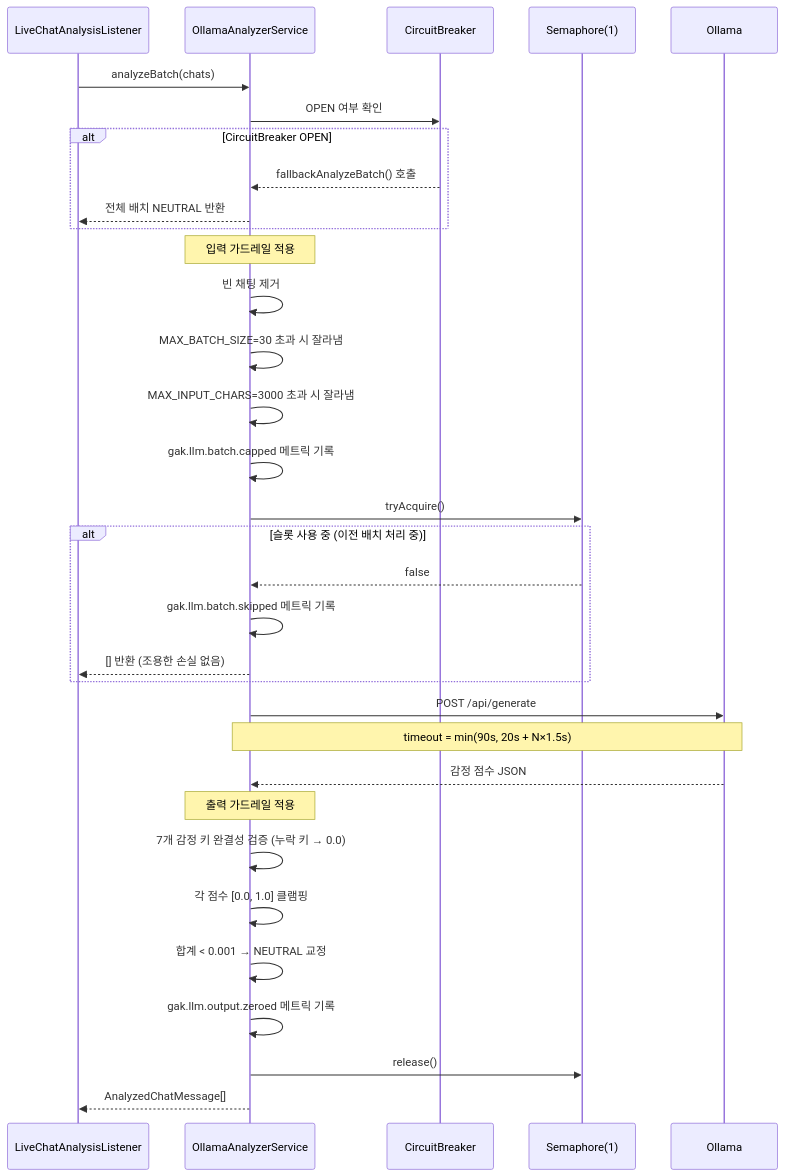
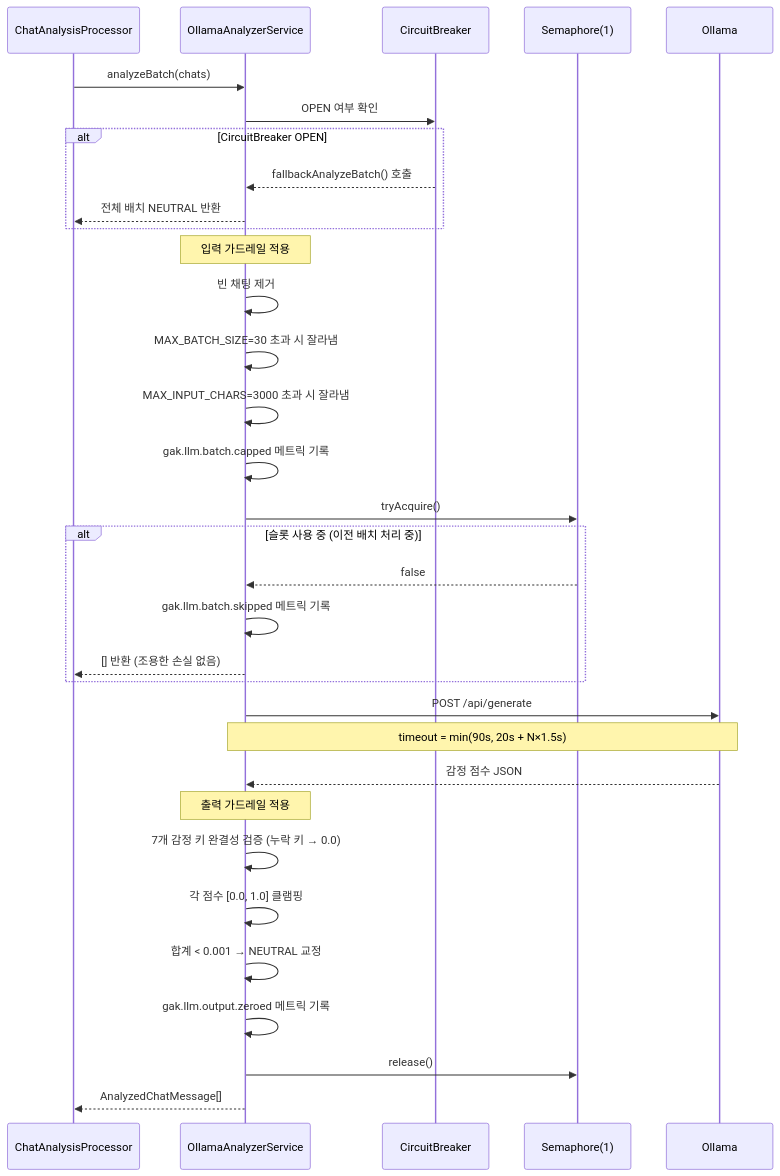
Before and after one commit to oneul0/Project-neul: diagram 13 of 25 in docs/30_system_reliability.md, drawn with Mermaid. The commit also changed 2 other files, not shown here.

Commit message:
docs: 채팅 파이프라인 역할 정정 및 파일 경로 수정
- 감정 분석 UI가 없음을 명시: OllamaAnalyzerService는 VOD 하이라이트 LLM 리뷰에서만 결과가 노출됨
- 투표·룰렛은 감정 분류 미사용, 채팅 수집 인프라(VOTE/DONATION passthrough)만 사용
- 29_onboarding_guide: 파일 경로 수정 (LiveChatAnalysisListener→ChatAnalysisProcessor, filter/→config/ 등 12개)
- 30_system_reliability: LiveChatAnalysisListener→ChatAnalysisProcessor 참조 수정
- README: 앱 플로우 테이블에서 미존재 감정 분석 UI 컬럼 제거, 채팅 수집 섹션 역할 재기술

````diff
--- a/docs/30_system_reliability.md
+++ b/docs/30_system_reliability.md
@@ -427,42 +427,42 @@
 ```mermaid
 sequenceDiagram
-    participant Listener as LiveChatAnalysisListener
+    participant Listener as ChatAnalysisProcessor
     participant Guard as OllamaAnalyzerService
     participant CB as CircuitBreaker
     participant Sem as Semaphore(1)
     participant Ollama
 
     Listener->>Guard: analyzeBatch(chats)
 
     Guard->>CB: OPEN 여부 확인
     alt CircuitBreaker OPEN
         CB-->>Guard: fallbackAnalyzeBatch() 호출
         Guard-->>Listener: 전체 배치 NEUTRAL 반환
     end
 
     Note over Guard: 입력 가드레일 적용
     Guard->>Guard: 빈 채팅 제거
     Guard->>Guard: MAX_BATCH_SIZE=30 초과 시 잘라냄
     Guard->>Guard: MAX_INPUT_CHARS=3000 초과 시 잘라냄
     Guard->>Guard: gak.llm.batch.capped 메트릭 기록
 
     Guard->>Sem: tryAcquire()
     alt 슬롯 사용 중 (이전 배치 처리 중)
         Sem-->>Guard: false
         Guard->>Guard: gak.llm.batch.skipped 메트릭 기록
         Guard-->>Listener: [] 반환 (조용한 손실 없음)
     end
 
     Guard->>Ollama: POST /api/generate
     Note over Guard,Ollama: timeout = min(90s, 20s + N×1.5s)
     Ollama-->>Guard: 감정 점수 JSON
 
     Note over Guard: 출력 가드레일 적용
     Guard->>Guard: 7개 감정 키 완결성 검증 (누락 키 → 0.0)
     Guard->>Guard: 각 점수 [0.0, 1.0] 클램핑
     Guard->>Guard: 합계 < 0.001 → NEUTRAL 교정
     Guard->>Guard: gak.llm.output.zeroed 메트릭 기록
 
     Guard->>Sem: release()
     Guard-->>Listener: AnalyzedChatMessage[]
 ```
````
